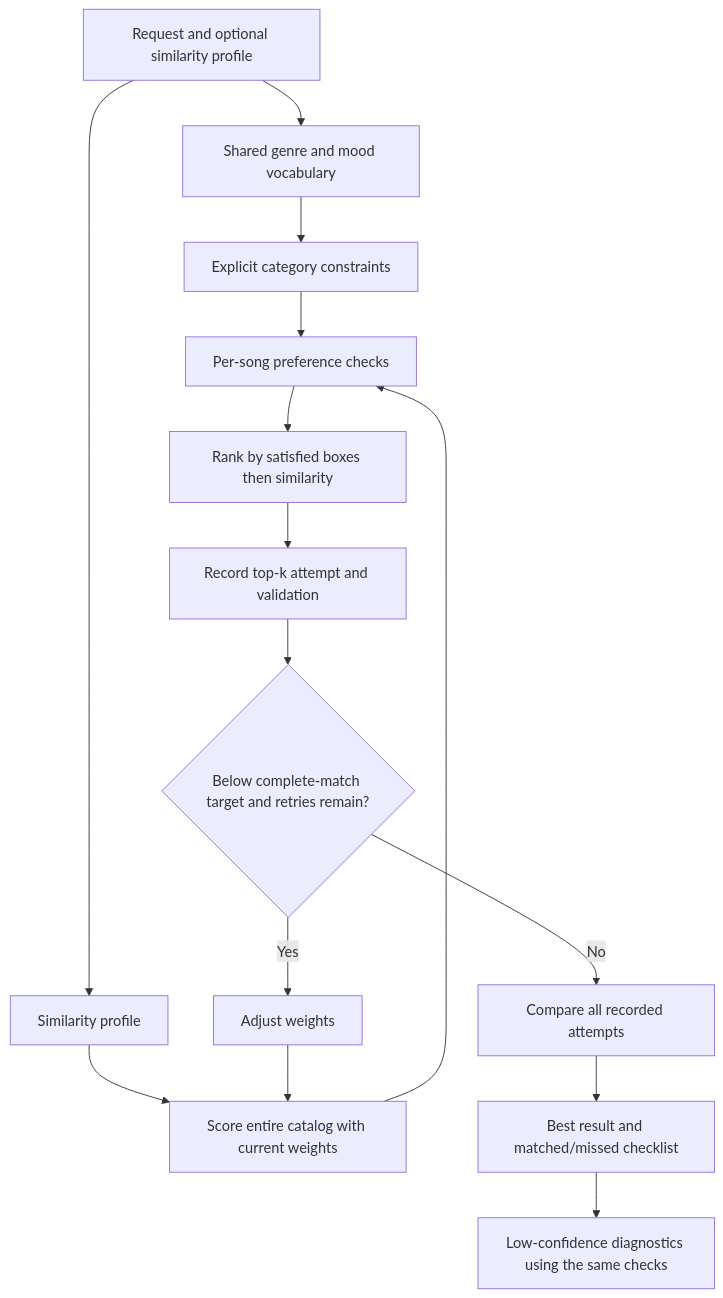
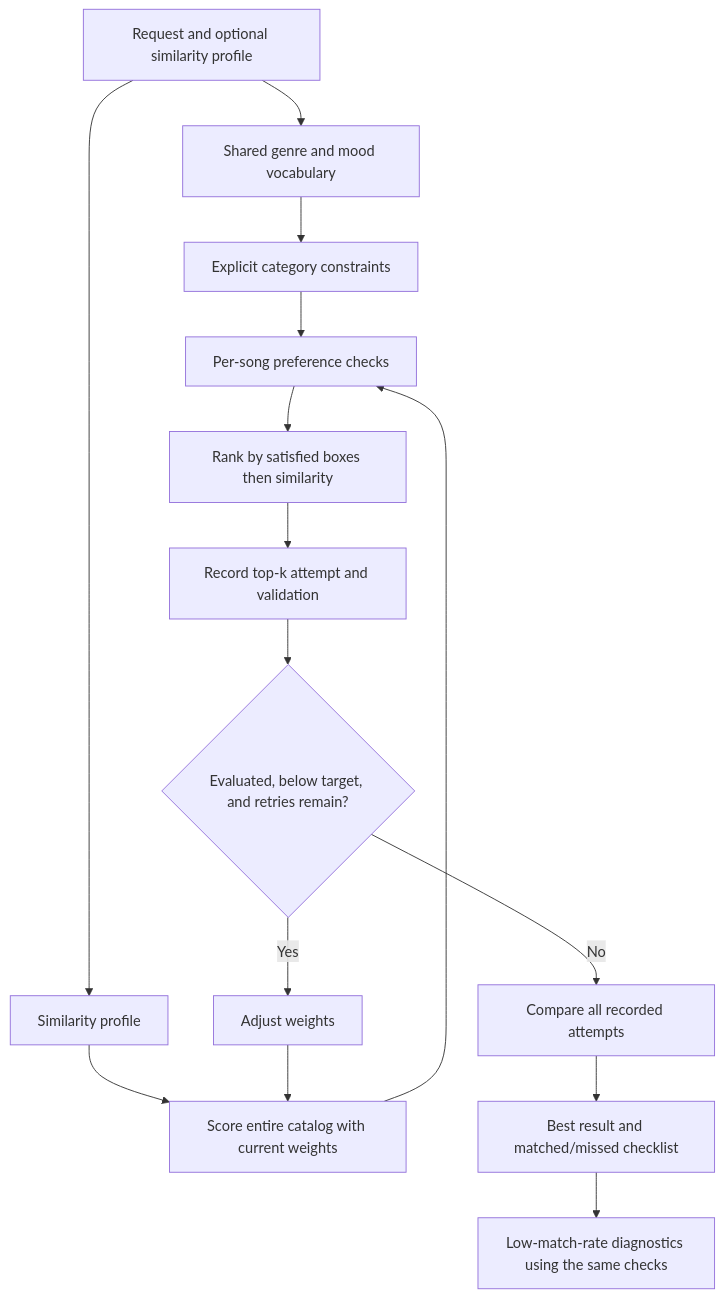
The diagram in diagrams/system_diagram.md (ZachR36/applied-ai-system-project), drawn with Mermaid before and after one commit. The commit also changed other lines of this file and 8 other files, not shown here.

Commit message:
Output now shows complete match rate instead of condifence, and separately shows preference coverage

````diff
--- a/diagrams/system_diagram.md
+++ b/diagrams/system_diagram.md
@@ -5,17 +5,17 @@
 ```mermaid
 flowchart TD
     A[Request and optional similarity profile] --> B[Shared genre and mood vocabulary]
     B --> C[Explicit category constraints]
     A --> D[Similarity profile]
     D --> E[Score entire catalog with current weights]
     C --> F[Per-song preference checks]
     E --> F
     F --> G[Rank by satisfied boxes then similarity]
     G --> H[Record top-k attempt and validation]
-    H --> I{Below complete-match target and retries remain?}
+    H --> I{Evaluated, below target, and retries remain?}
     I -->|Yes| J[Adjust weights]
     J --> E
     I -->|No| K[Compare all recorded attempts]
     K --> L[Best result and matched/missed checklist]
-    L --> M[Low-confidence diagnostics using the same checks]
+    L --> M[Low-match-rate diagnostics using the same checks]
 ```
````
